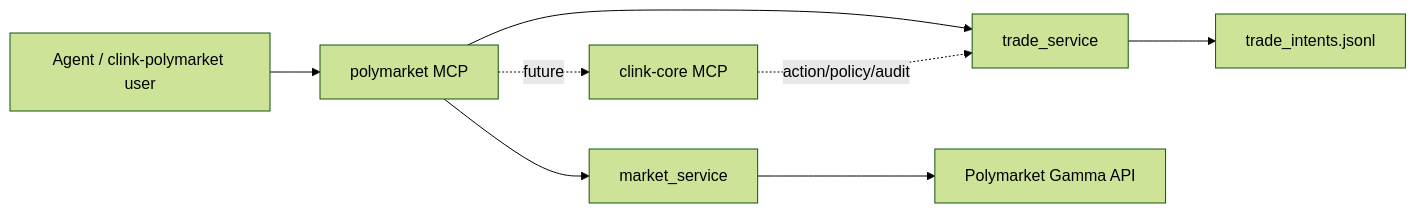
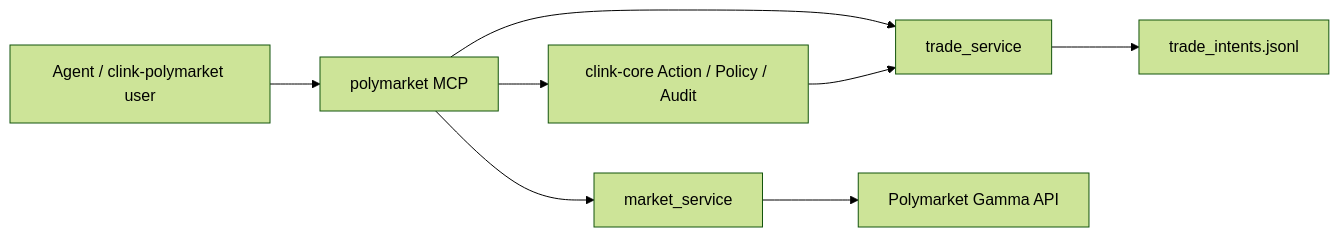
The diagram in README.md (JeffFeng123/clink-polymarket), drawn with Mermaid (forest theme) before and after one commit. The commit also changed other lines of this file and 6 other files, not shown here.

Commit message:
Require clink core policy for trade intents

````diff
--- a/README.md
+++ b/README.md
@@ -50,10 +53,10 @@
 ```mermaid
 flowchart LR
     AGENT[Agent / clink-polymarket user] --> MCP[polymarket MCP]
     MCP --> MARKET[market_service]
     MCP --> TRADE[trade_service]
     MARKET --> GAMMA[Polymarket Gamma API]
     TRADE --> STORE[trade_intents.jsonl]
-    MCP -. future .-> CORE[clink-core MCP]
-    CORE -. action/policy/audit .-> TRADE
+    MCP --> CORE[clink-core Action / Policy / Audit]
+    CORE --> TRADE
 ```
````
